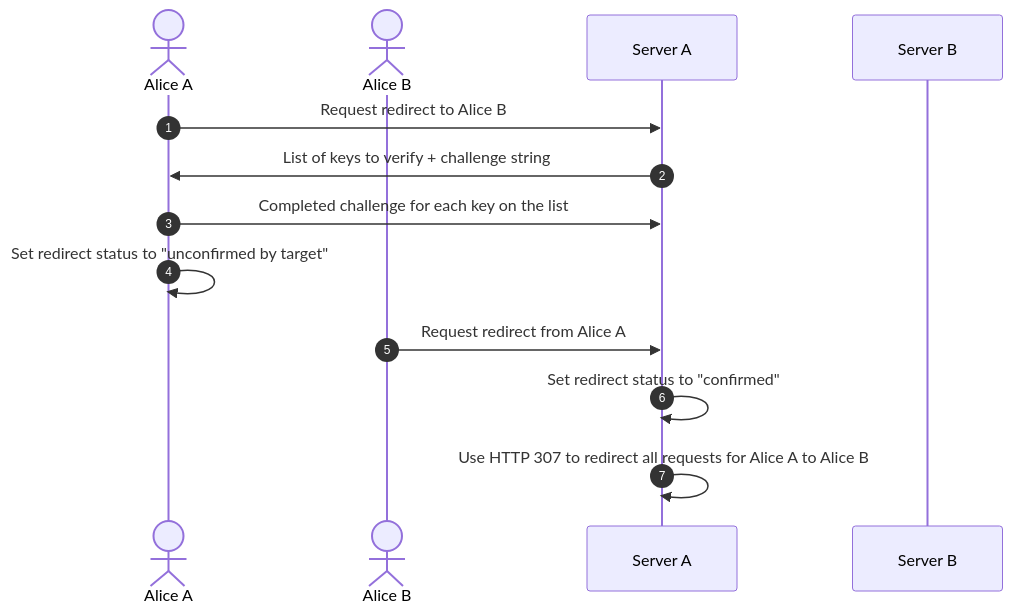
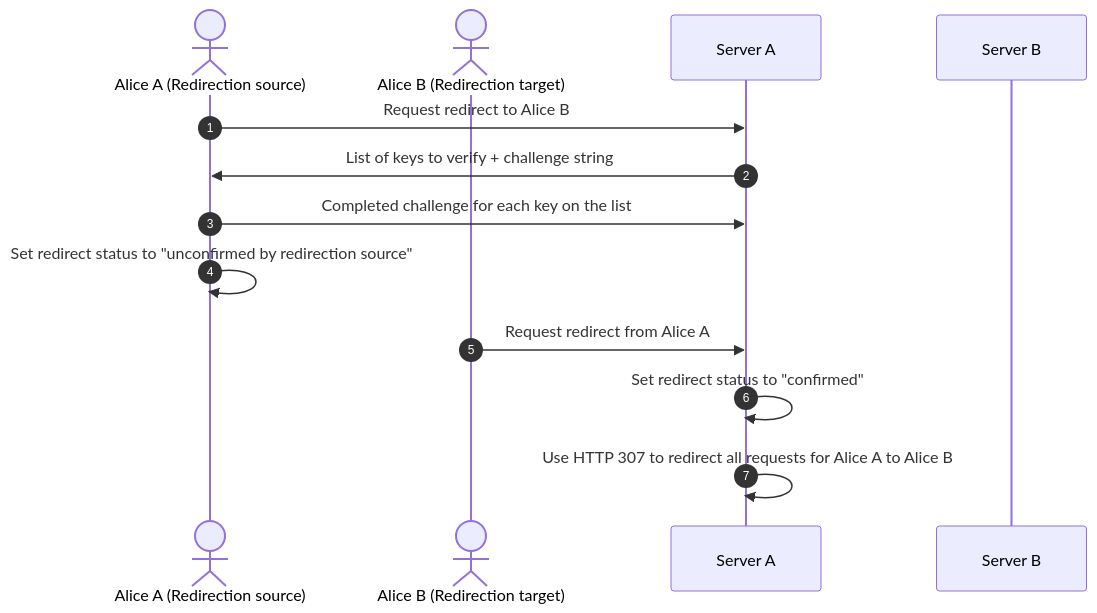
The fifth of 8 diagrams in docs/Protocol Specifications/core.md (polyphony-chat/docs), drawn with Mermaid before and after one commit. The commit also changed other lines of this file, not shown here.

````diff
--- a/docs/Protocol Specifications/core.md
+++ b/docs/Protocol Specifications/core.md
@@ -827,17 +831,17 @@
 ```mermaid
 sequenceDiagram
 autonumber
 
-actor aa as Alice A
-actor ab as Alice B
+actor aa as Alice A (Redirection source)
+actor ab as Alice B (Redirection target)
 participant sa as Server A
 participant sb as Server B
 
 aa->>sa: Request redirect to Alice B
 sa->>aa: List of keys to verify + challenge string
 aa->>sa: Completed challenge for each key on the list
-aa->>aa: Set redirect status to "unconfirmed by target"
+aa->>aa: Set redirect status to "unconfirmed by redirection source"
 ab->>sa: Request redirect from Alice A
 sa->>sa: Set redirect status to "confirmed"
 sa->>sa: Use HTTP 307 to redirect all requests for Alice A to Alice B
 ```
````
